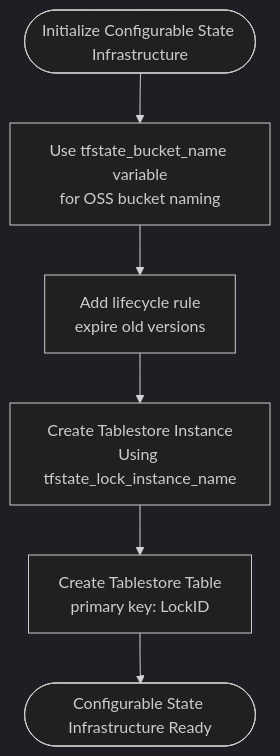
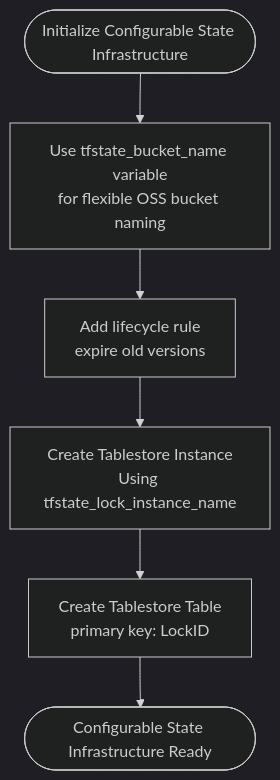
Before and after one commit to AlibabaCloudLandingZone/alibabacloud-landingzone-accelerator-github-demo: the sixth of 9 diagrams in .qoder/repowiki/en/content/Bootstrap Infrastructure/CI_CD Foundation.md, drawn with Mermaid (dark theme). The commit also changed other lines of this file and 110 other files, not shown here.

````diff
--- a/.qoder/repowiki/en/content/Bootstrap Infrastructure/CI_CD Foundation.md
+++ b/.qoder/repowiki/en/content/Bootstrap Infrastructure/CI_CD Foundation.md
@@ -280,8 +283,8 @@
 ```mermaid
 flowchart TD
-Start(["Initialize Configurable State Infrastructure"]) --> BucketName["Use tfstate_bucket_name variable<br/>for OSS bucket naming"]
+Start(["Initialize Configurable State Infrastructure"]) --> BucketName["Use tfstate_bucket_name variable<br/>for flexible OSS bucket naming"]
 BucketName --> Lifecycle["Add lifecycle rule<br/>expire old versions"]
 Lifecycle --> OTSInstance["Create Tablestore Instance<br/>Using tfstate_lock_instance_name"]
 OTSInstance --> OTSTable["Create Tablestore Table<br/>primary key: LockID"]
 OTSTable --> Ready(["Configurable State Infrastructure Ready"])
 ```
````
